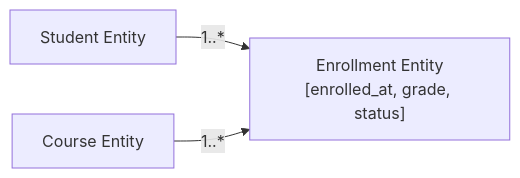
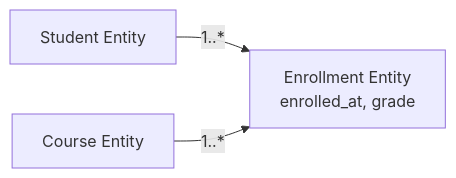
Before and after one commit to ravishankar2463/java_hub: the second of 2 diagrams in content/roadmap/level-7/entity-relationships.md, drawn with Mermaid. The commit also changed other lines of this file and 119 other files, not shown here.

Commit message:
feat: add comprehensive java learning roadmap content across multiple levels

````diff
--- a/content/roadmap/level-7/entity-relationships.md
+++ b/content/roadmap/level-7/entity-relationships.md
@@ -298,5 +348,5 @@
 ```mermaid
 flowchart LR
-    Student["Student Entity"] -->|1..*| Enrollment["Enrollment Entity<br/>[enrolled_at, grade, status]"]
-    Course["Course Entity"] -->|1..*| Enrollment
+    Student["Student Entity"] -->|"1..*"| Enrollment["Enrollment Entity<br/>enrolled_at, grade"]
+    Course["Course Entity"] -->|"1..*"| Enrollment
 ```
````
